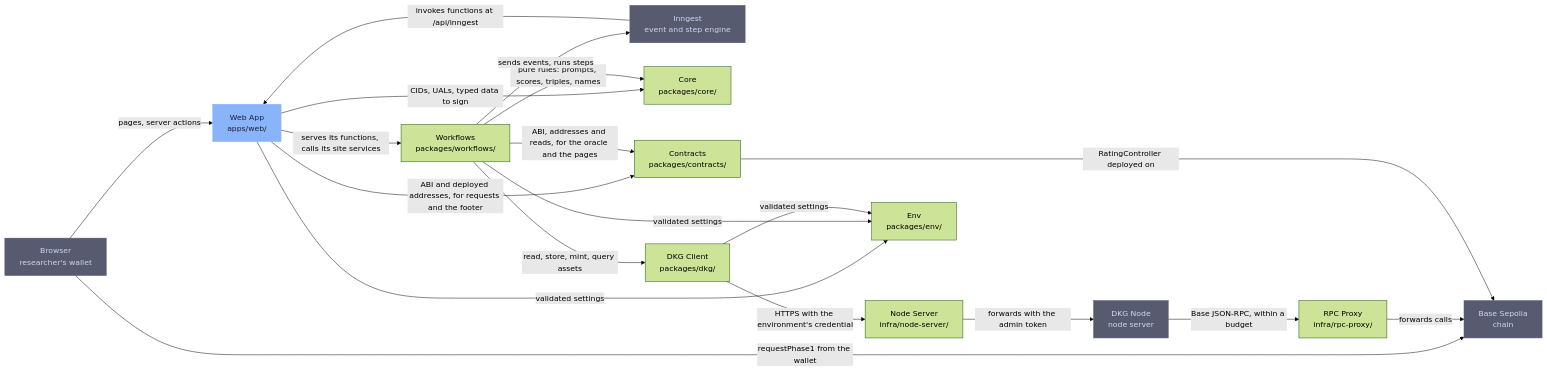
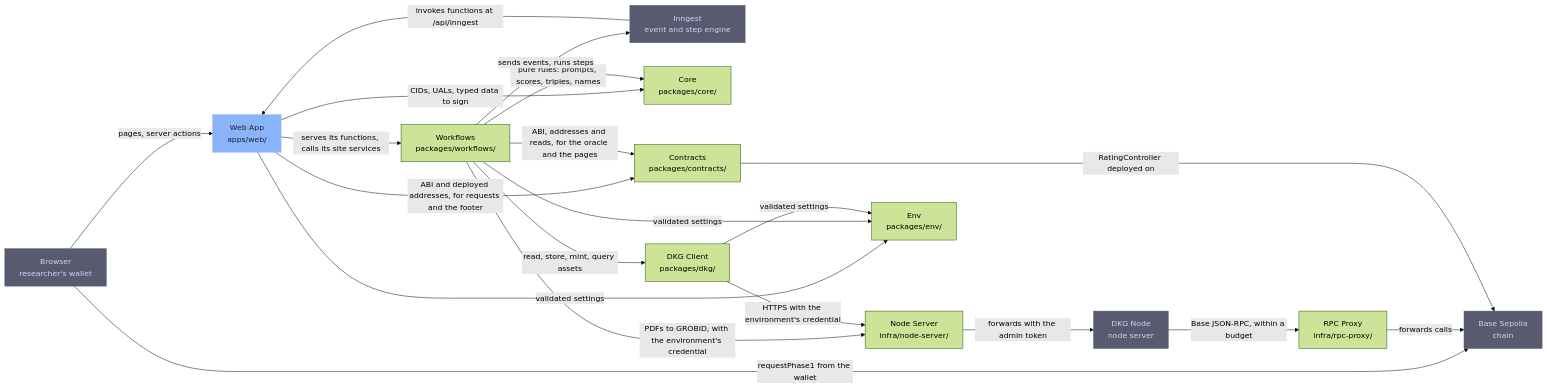
One commit to SiegfriedBz/labstrail changed the diagram in .omm/overall-architecture/diagram.mmd. Above: the diagram before and after it, drawn with Mermaid (forest theme). The commit also changed 20 other files, not shown here.

First line of the commit message:
docs(repo): fix what the node server's move left stale

```diff
--- a/.omm/overall-architecture/diagram.mmd
+++ b/.omm/overall-architecture/diagram.mmd
@@ -1,23 +1,24 @@
 graph LR
     browser["Browser\nresearcher's wallet"] -->|"pages, server actions"| web-app["Web App\napps/web/"]
     browser -->|"requestPhase1 from the wallet"| base-sepolia["Base Sepolia\nchain"]
     inngest["Inngest\nevent and step engine"] -->|"invokes functions at /api/inngest"| web-app
     web-app -->|"serves its functions, calls its site services"| workflows["Workflows\npackages/workflows/"]
     web-app -->|"CIDs, UALs, typed data to sign"| core["Core\npackages/core/"]
     web-app -->|"ABI and deployed addresses, for requests and the footer"| contracts["Contracts\npackages/contracts/"]
     workflows -->|"pure rules: prompts, scores, triples, names"| core
     workflows -->|"read, store, mint, query assets"| dkg-client["DKG Client\npackages/dkg/"]
     workflows -->|"ABI, addresses and reads, for the oracle and the pages"| contracts
     workflows -->|"sends events, runs steps"| inngest
-    dkg-client -->|"HTTPS with the environment's credential"| node-server["Node Server\ninfra/node-server/"]
+    workflows -->|"PDFs to GROBID, with the environment's credential"| node-server["Node Server\ninfra/node-server/"]
+    dkg-client -->|"HTTPS with the environment's credential"| node-server
     node-server -->|"forwards with the admin token"| dkg-node["DKG Node\nnode server"]
     dkg-node -->|"Base JSON-RPC, within a budget"| rpc-proxy["RPC Proxy\ninfra/rpc-proxy/"]
     rpc-proxy -->|"forwards calls"| base-sepolia
     contracts -->|"RatingController deployed on"| base-sepolia
     web-app -->|"validated settings"| env["Env\npackages/env/"]
     workflows -->|"validated settings"| env
     dkg-client -->|"validated settings"| env
     classDef external fill:#585b70,stroke:#585b70,color:#cdd6f4
     classDef entry fill:#89b4fa,stroke:#89b4fa,color:#1e1e2e
     class inngest,dkg-node,base-sepolia,browser external
     class web-app entry
```
